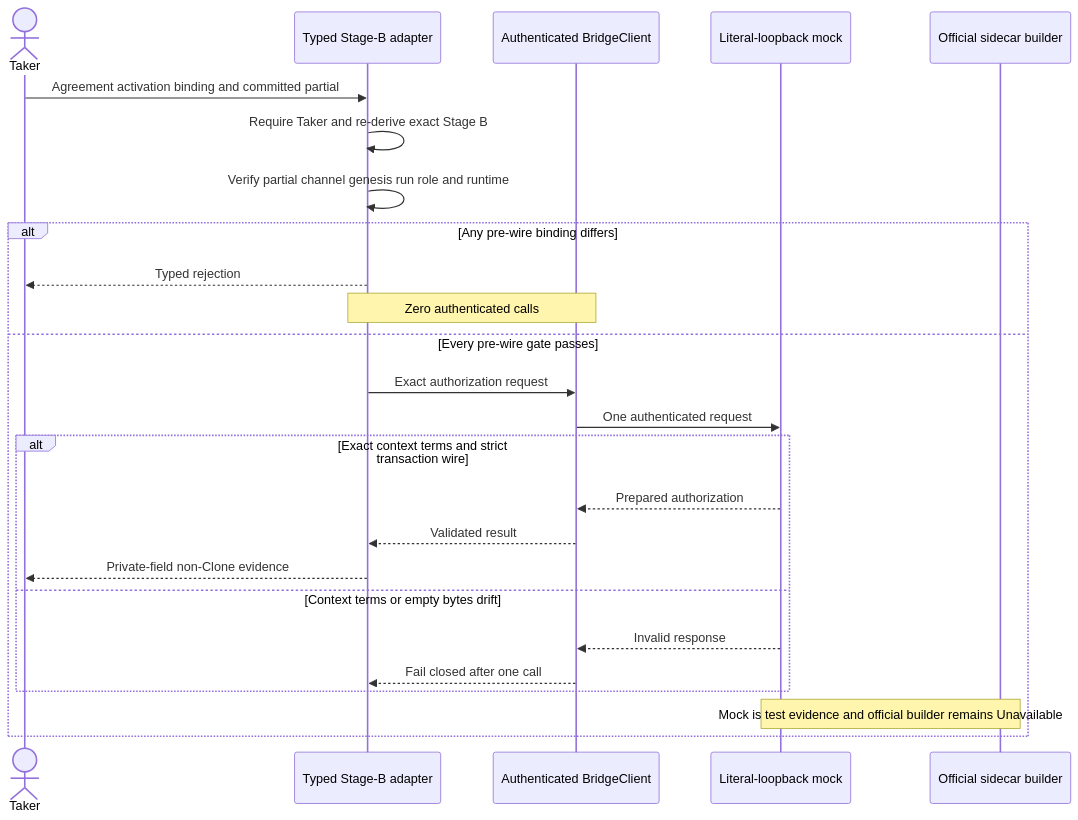
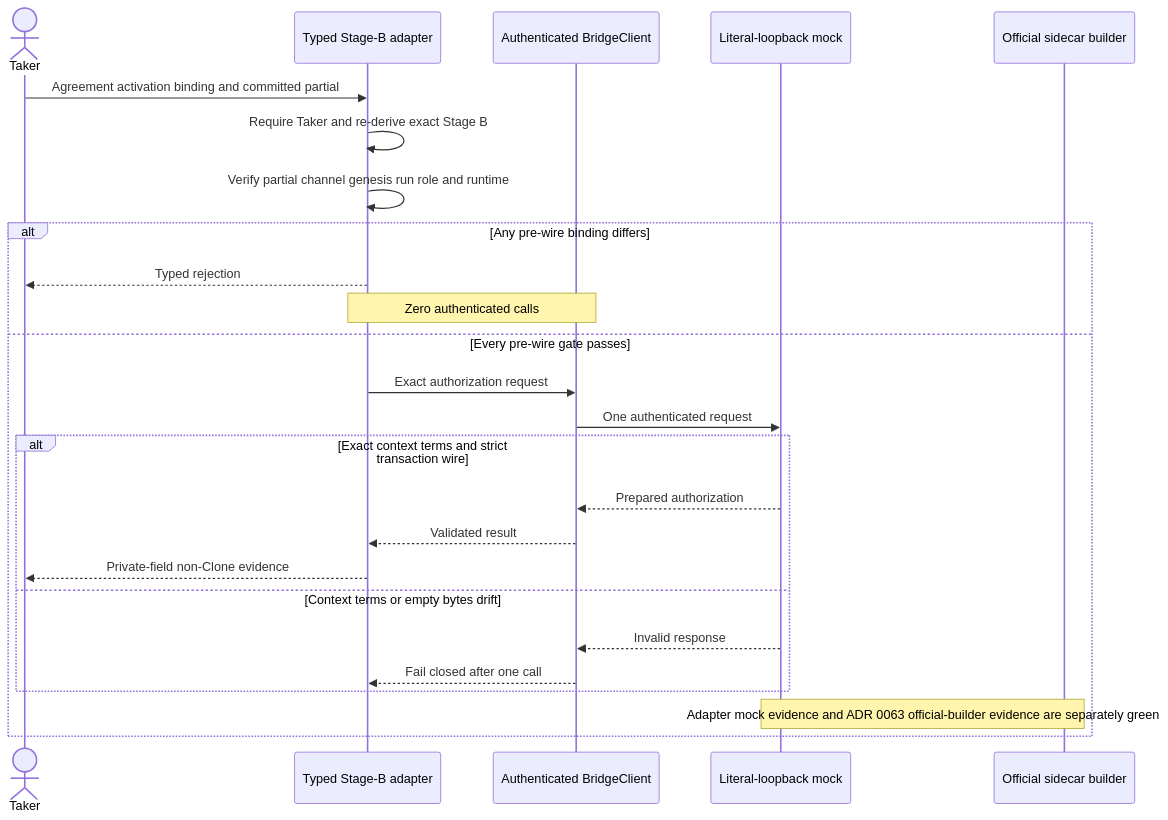
One commit to gateway-fm/lez-atomic-swaps changed diagram 21 of 27 in docs/architecture/system-architecture.md. Above: the diagram before and after it, drawn with Mermaid. The commit also changed other lines of this file and 9 other files, not shown here.

````diff
--- a/docs/architecture/system-architecture.md
+++ b/docs/architecture/system-architecture.md
@@ -2166,28 +2169,28 @@
 ```mermaid
 sequenceDiagram
     actor Taker
     participant Adapter as Typed Stage-B adapter
     participant Client as Authenticated BridgeClient
     participant Mock as Literal-loopback mock
     participant Sidecar as Official sidecar builder
 
     Taker->>Adapter: Agreement activation binding and committed partial
     Adapter->>Adapter: Require Taker and re-derive exact Stage B
     Adapter->>Adapter: Verify partial channel genesis run role and runtime
     alt Any pre-wire binding differs
         Adapter-->>Taker: Typed rejection
         Note over Adapter,Client: Zero authenticated calls
     else Every pre-wire gate passes
         Adapter->>Client: Exact authorization request
         Client->>Mock: One authenticated request
         alt Exact context terms and strict transaction wire
             Mock-->>Client: Prepared authorization
             Client-->>Adapter: Validated result
             Adapter-->>Taker: Private-field non-Clone evidence
         else Context terms or empty bytes drift
             Mock-->>Client: Invalid response
             Client-->>Adapter: Fail closed after one call
         end
-        Note over Mock,Sidecar: Mock is test evidence and official builder remains Unavailable
+        Note over Mock,Sidecar: Adapter mock evidence and ADR 0063 official-builder evidence are separately green
     end
 ```
````
